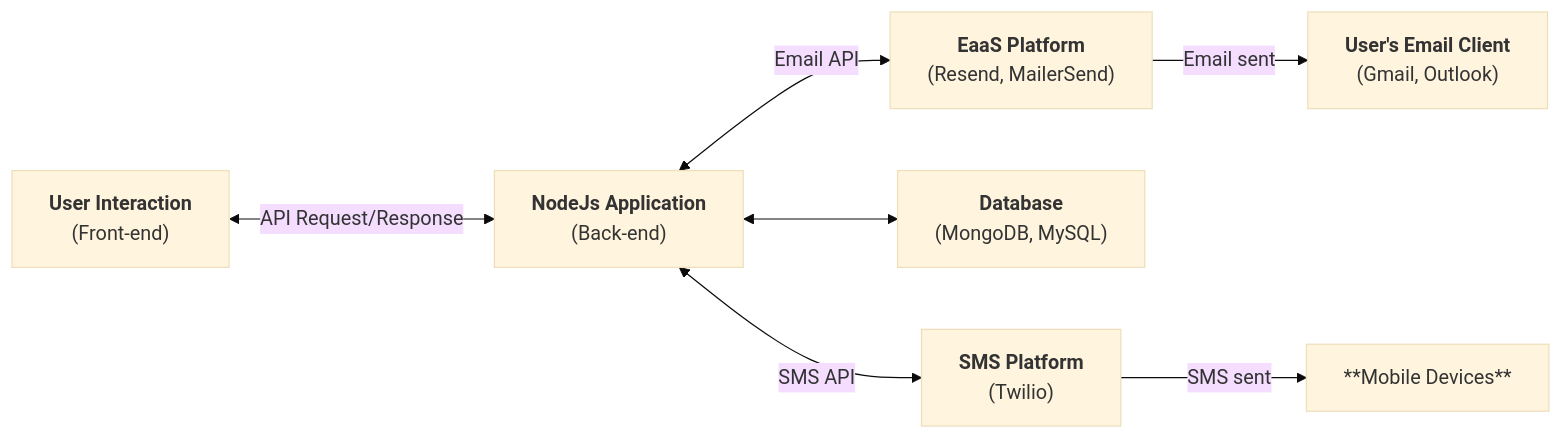
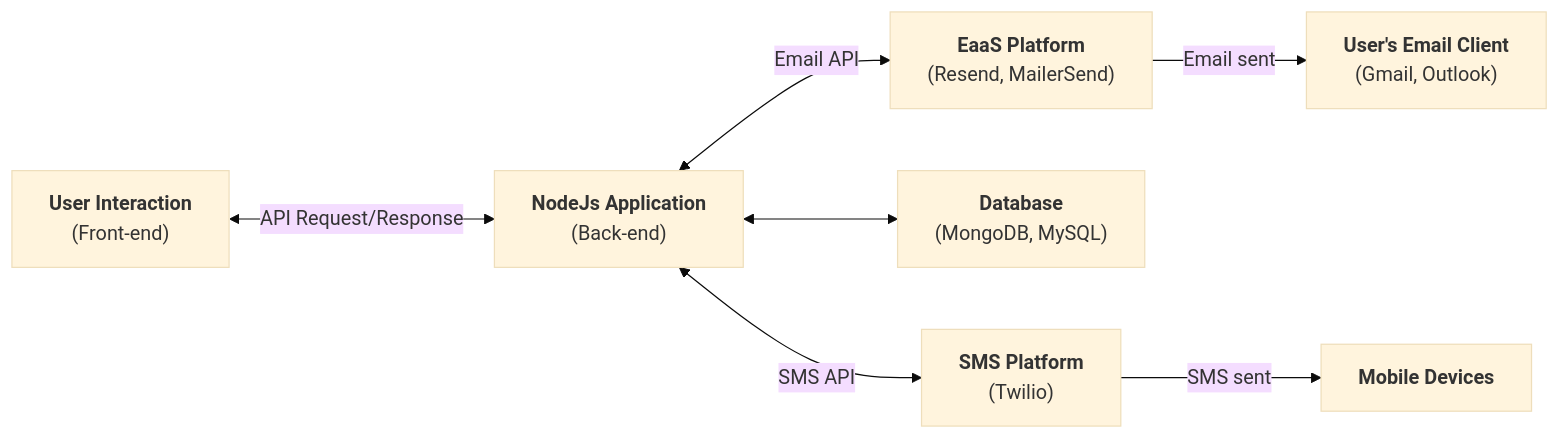
One commit to ngkhang-learning/email-and-sms-service-nodejs changed the diagram in README.md. Above: the diagram before and after it, drawn with Mermaid (base theme). The commit also changed other lines of this file, not shown here.

````diff
--- a/README.md
+++ b/README.md
@@ -28,29 +28,29 @@
 ```mermaid
 flowchart LR
   FE["`**User Interaction**
     (Front-end)
   `"]
   BE["`**NodeJs Application**
     (Back-end)
   `"]
   EAAS["`**EaaS Platform**
     (Resend, MailerSend)
   `"]
   DB["`**Database**
     (MongoDB, MySQL)
   `"]
   EMAIL["`**User's Email Client**
     (Gmail, Outlook)
   `"]
   SMS["`**SMS Platform**
     (Twilio)
   `"]
-  SMS_USER["**Mobile Devices**"]
+  SMS_USER["`**Mobile Devices**`"]
 
   FE <-- API Request/Response --> BE
   BE <-- Email API --> EAAS
   BE <-- SMS API--> SMS
   BE <--> DB
   EAAS -- Email sent --> EMAIL
   SMS -- SMS sent --> SMS_USER
 ```
````
